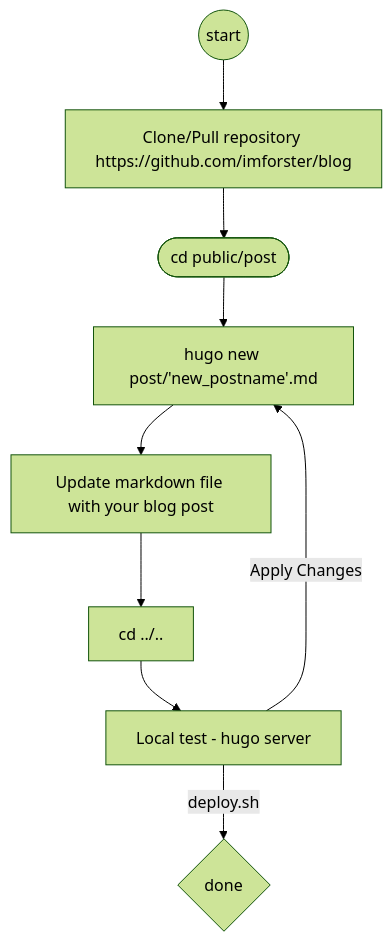
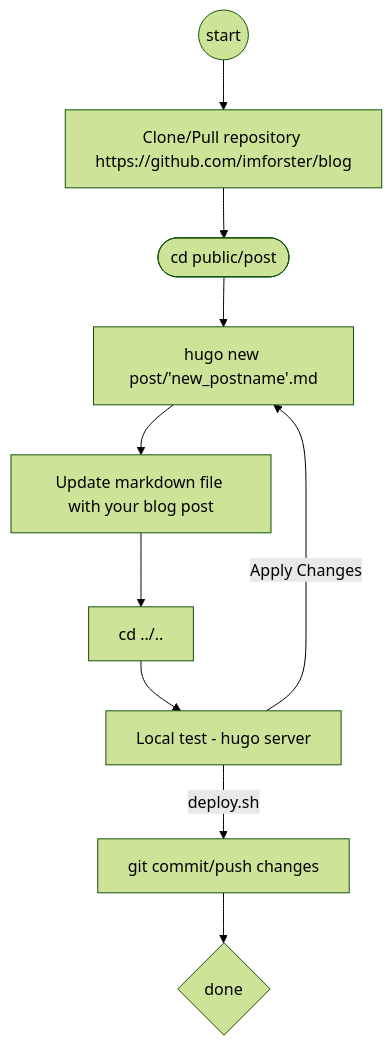
Before and after one commit to imforster/imforster.github.io: the diagram in ReadMe.md, drawn with Mermaid (forest theme).

Commit message:
Update ReadMe.md
Add git information

````diff
--- a/ReadMe.md
+++ b/ReadMe.md
@@ -2,11 +2,12 @@
 ```mermaid
 flowchart TD
     s((start)) --> A
     A[Clone/Pull repository https://github.com/imforster/blog] --> B([cd public/post])
     B --> C[hugo new post/'new_postname'.md]
     C --> D[Update markdown file with your blog post]
     D --> E[cd ../..]
     E --> F[Local test - hugo server]
     F -- Apply Changes --> C
-    F -- deploy.sh --> G{done};
+    F -- deploy.sh --> G[git commit/push changes]
+    G --> H{done};
 ```
````
